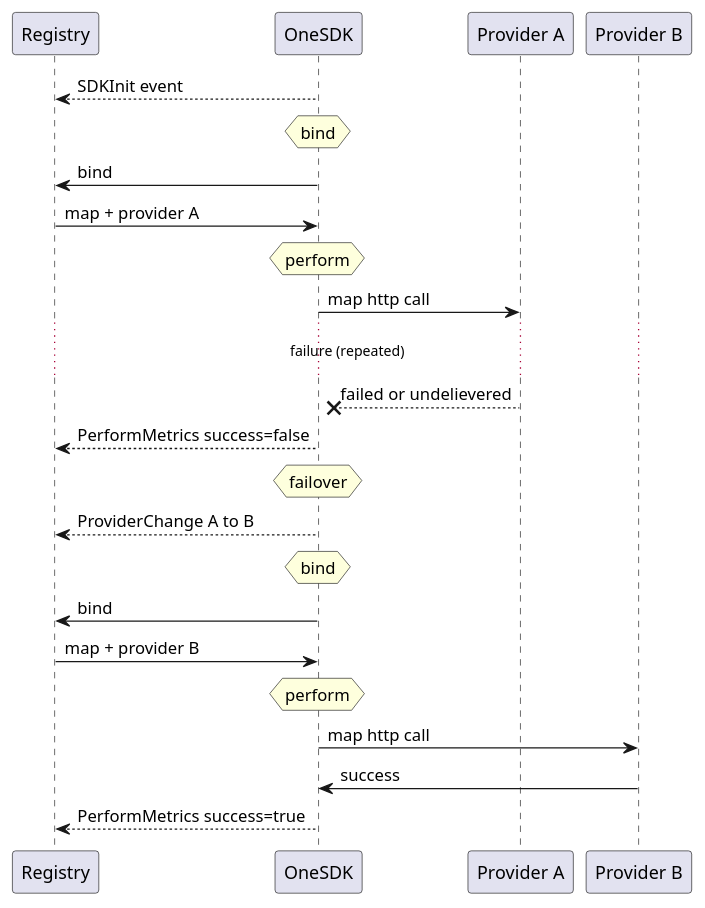
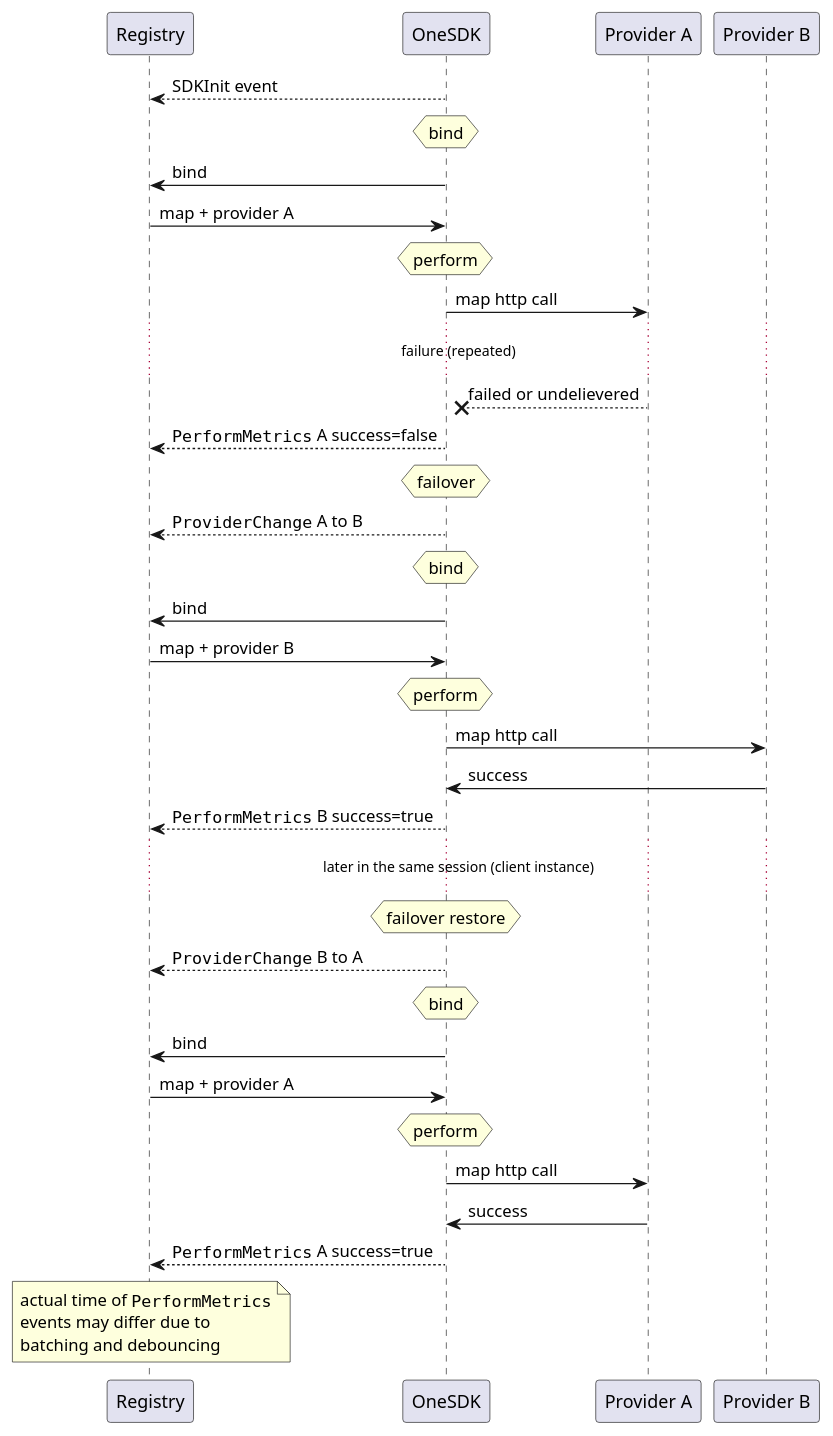
The diagram in docs/client/failure/diagram_failover_sequence.puml (superfaceai/one-sdk-js), drawn with PlantUML before and after one commit. The commit also changed 1 other file, not shown here.

Commit message:
feat: update failover_sequence with restore

```diff
--- a/docs/client/failure/diagram_failover_sequence.puml
+++ b/docs/client/failure/diagram_failover_sequence.puml
@@ -1,49 +1,79 @@
 @startuml
 
 participant "Registry" as reg
 participant "OneSDK" as sdk
 participant "Provider A" as A
 participant "Provider B" as B
 
 sdk --> reg : SDKInit event
 
 hnote over sdk
 	bind
 end note
 
 sdk -> reg : bind
 sdk <- reg : map + provider A
 
 hnote over sdk
 	perform
 end note
 
 sdk -> A : map http call
 ... failure (repeated) ...
 sdk x<-- A : failed or undelievered
 
-sdk --> reg : PerformMetrics success=false
+sdk --> reg : ""PerformMetrics"" A success=false
 
 hnote over sdk
 	failover
 end note
 
-sdk --> reg : ProviderChange A to B
+sdk --> reg : ""ProviderChange"" A to B
 
 hnote over sdk
 	bind
 end note
 
 sdk -> reg : bind
 sdk <- reg : map + provider B
 
 hnote over sdk
 	perform
 end note
 
 sdk -> B : map http call
 sdk <- B : success
 
-sdk --> reg : PerformMetrics success=true
+sdk --> reg : ""PerformMetrics"" B success=true
+
+... later in the same session (client instance) ...
+
+hnote over sdk
+	failover restore
+end note
+
+sdk --> reg : ""ProviderChange"" B to A
+
+hnote over sdk
+	bind
+end note
+
+sdk -> reg : bind
+sdk <- reg : map + provider A
+
+hnote over sdk
+	perform
+end note
+
+sdk -> A : map http call
+sdk <- A : success
+
+sdk --> reg : ""PerformMetrics"" A success=true
+
+note over reg
+	actual time of ""PerformMetrics""
+	events may differ due to
+	batching and debouncing 
+end note
 
 @enduml
```
